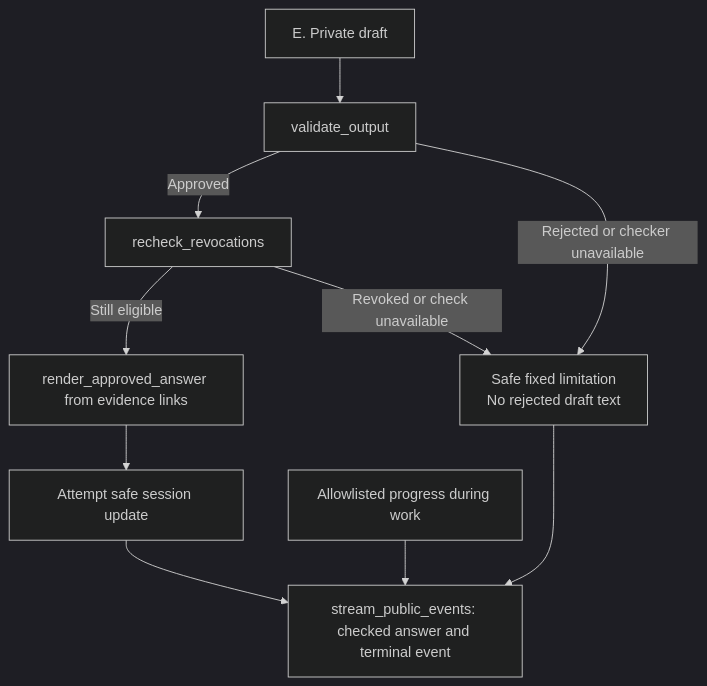
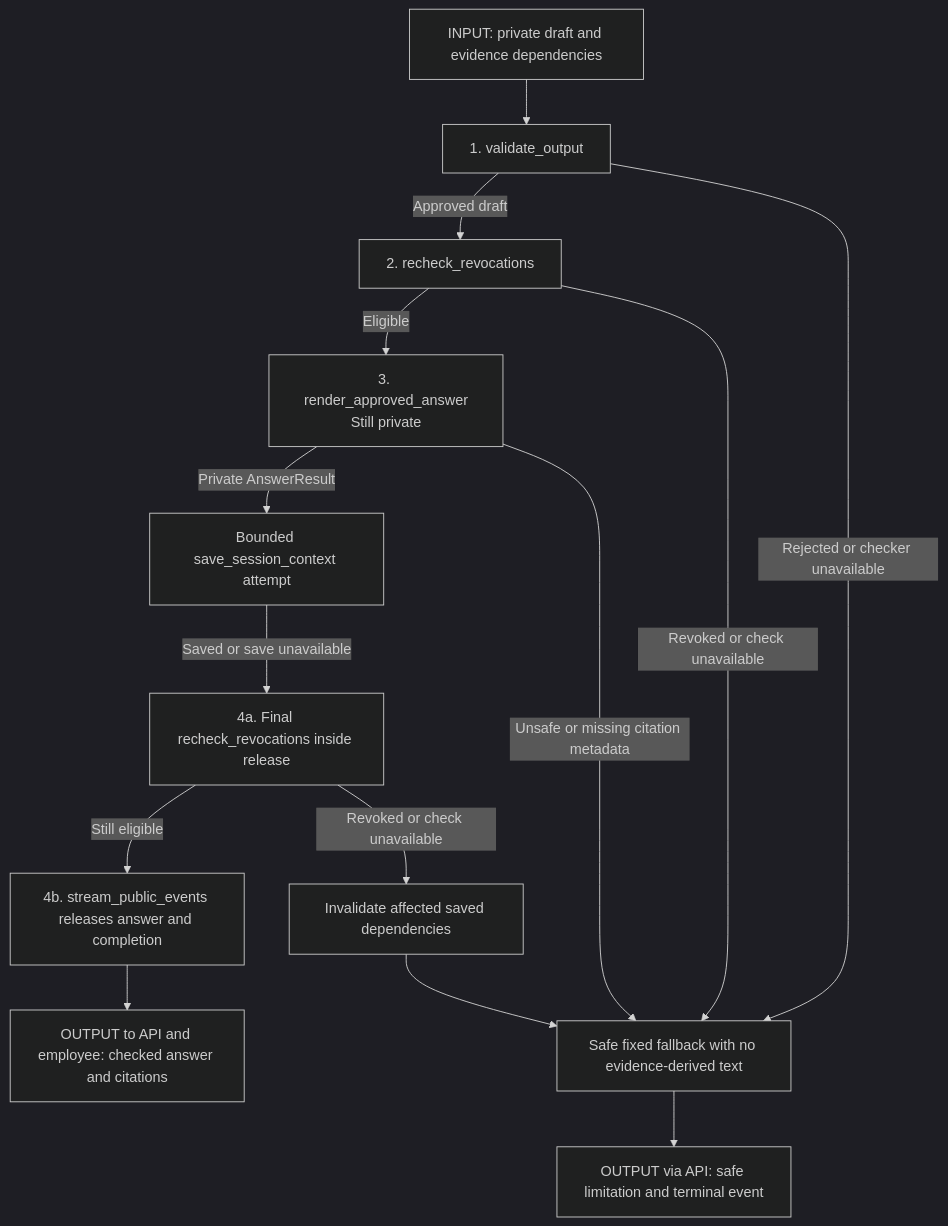
Before and after one commit to piyushmaps/interview_proj: the ninth of 10 diagrams in docs/architecture/low-level-design.md, drawn with Mermaid (dark theme). The commit also changed other lines of this file, not shown here.

````diff
--- a/docs/architecture/low-level-design.md
+++ b/docs/architecture/low-level-design.md
@@ -797,12 +907,16 @@
 ```mermaid
 flowchart TD
-    IN[E. Private draft] --> V[validate_output]
-    V -->|Approved| R[recheck_revocations]
-    R -->|Still eligible| RENDER[render_approved_answer from evidence links]
-    V -->|Rejected or checker unavailable| SAFE[Safe fixed limitation<br/>No rejected draft text]
+    IN[INPUT: private draft and evidence dependencies] --> V[1. validate_output]
+    V -->|Approved draft| R[2. recheck_revocations]
+    R -->|Eligible| RENDER[3. render_approved_answer<br/>Still private]
+    RENDER -->|Private AnswerResult| SAVE[Bounded save_session_context attempt]
+    SAVE -->|Saved or save unavailable| LAST[4a. Final recheck_revocations inside release]
+    LAST -->|Still eligible| RELEASE[4b. stream_public_events releases answer and completion]
+    RELEASE --> OUT[OUTPUT to API and employee: checked answer and citations]
+    V -->|Rejected or checker unavailable| SAFE[Safe fixed fallback with no evidence-derived text]
     R -->|Revoked or check unavailable| SAFE
-    RENDER --> MEMORY[Attempt safe session update]
-    MEMORY --> RELEASE[stream_public_events: checked answer and terminal event]
-    SAFE --> RELEASE
-    PROGRESS[Allowlisted progress during work] --> RELEASE
+    RENDER -->|Unsafe or missing citation metadata| SAFE
+    LAST -->|Revoked or check unavailable| INVALID[Invalidate affected saved dependencies]
+    INVALID --> SAFE
+    SAFE --> ERR[OUTPUT via API: safe limitation and terminal event]
 ```
````
